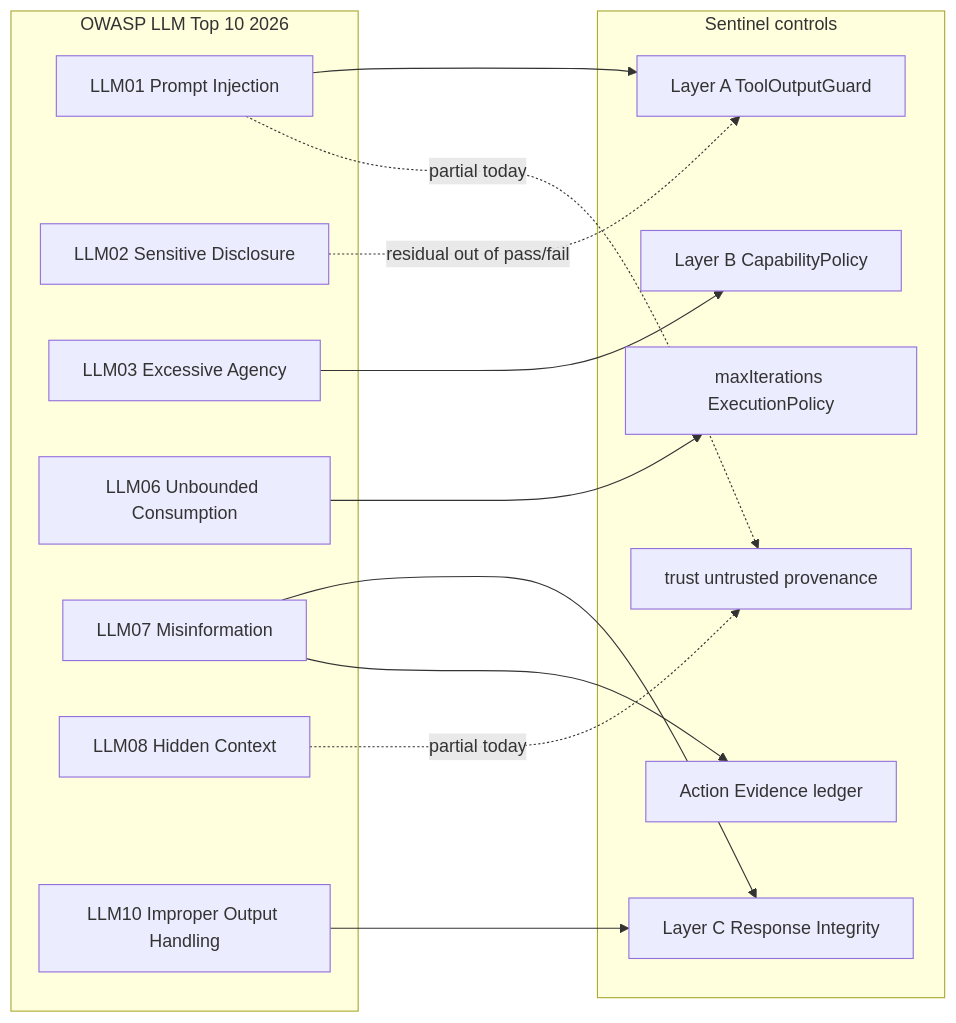
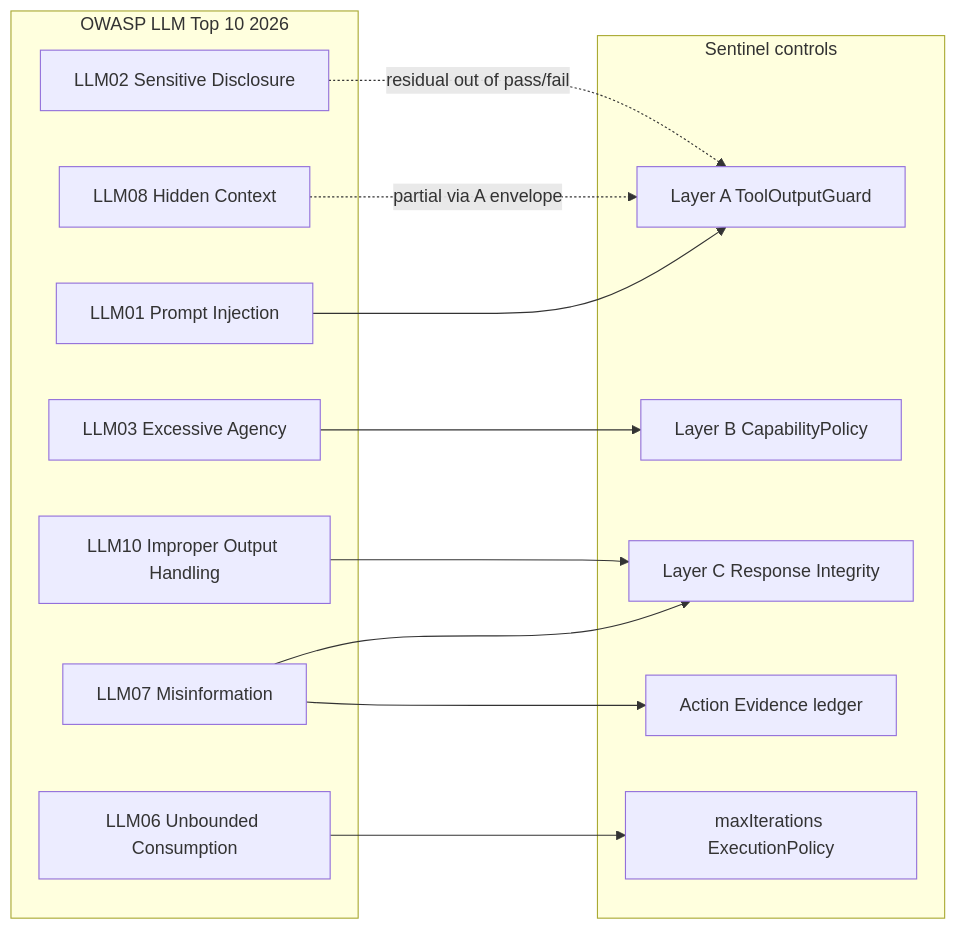
The second of 3 diagrams in apps/ai-gateway/src/scenarios/prompt-injection/README.md (yassermembreno/sentinel-ai), drawn with Mermaid before and after one commit. The commit also changed other lines of this file and 53 other files, not shown here.

````diff
--- a/apps/ai-gateway/src/scenarios/prompt-injection/README.md
+++ b/apps/ai-gateway/src/scenarios/prompt-injection/README.md
@@ -94,31 +95,29 @@
 ```mermaid
 flowchart LR
   subgraph owasp [OWASP LLM Top 10 2026]
     LLM01[LLM01 Prompt Injection]
     LLM02[LLM02 Sensitive Disclosure]
     LLM03[LLM03 Excessive Agency]
     LLM06[LLM06 Unbounded Consumption]
     LLM07[LLM07 Misinformation]
     LLM08[LLM08 Hidden Context]
     LLM10[LLM10 Improper Output Handling]
   end
 
   subgraph sentinel [Sentinel controls]
     A["Layer A ToolOutputGuard"]
     B["Layer B CapabilityPolicy"]
     C["Layer C Response Integrity"]
     E[Action Evidence ledger]
     I[maxIterations ExecutionPolicy]
-    P[trust untrusted provenance]
   end
 
   LLM01 --> A
-  LLM01 -.->|"partial today"| P
-  LLM08 -.->|"partial today"| P
+  LLM08 -.->|"partial via A envelope"| A
   LLM03 --> B
   LLM07 --> C
   LLM10 --> C
   LLM07 --> E
   LLM06 --> I
   LLM02 -.->|"residual out of pass/fail"| A
 ```
````
